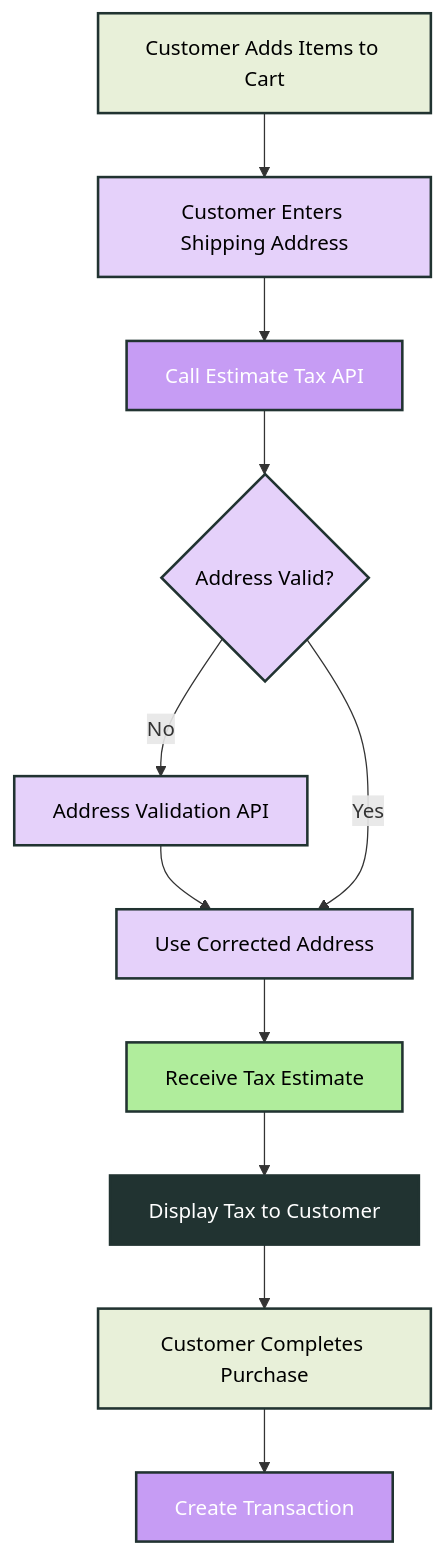
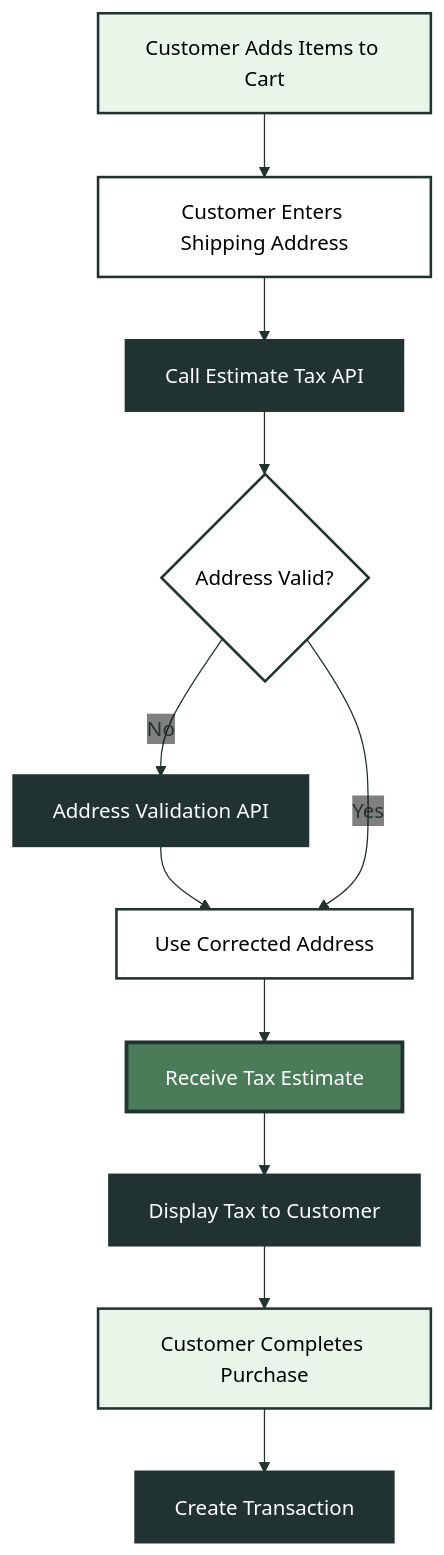
Before and after one commit to kintsugi-tax/docs-v2: the fourth of 5 diagrams in docs/guides/integrating-kintsugis-api.mdx, drawn with Mermaid. The commit also changed other lines of this file and 6 other files, not shown here.

Commit message:
fix mermaid diagram appearance in dark mode

````diff
--- a/docs/guides/integrating-kintsugis-api.mdx
+++ b/docs/guides/integrating-kintsugis-api.mdx
@@ -174,24 +183,25 @@
 ```mermaid
+%%{init: {'theme':'base', 'themeVariables': {'primaryColor':'#FFFFFF','primaryTextColor':'#213331','primaryBorderColor':'#213331','lineColor':'#213331','secondaryColor':'#FFFFFF','tertiaryColor':'#213331','edgeLabelBackground':'transparent','edgeStrokeWidth':'2px','edgeStroke':'#213331','arrowheadColor':'#213331','clusterBkg':'transparent','clusterBorder':'#213331','defaultLinkColor':'#213331'}}}%%
 flowchart TD
     A[Customer Adds Items to Cart] --> B[Customer Enters Shipping Address]
     B --> C[Call Estimate Tax API]
     C --> D{Address Valid?}
     D -->|No| E[Address Validation API]
     E --> F[Use Corrected Address]
     D -->|Yes| F
     F --> G[Receive Tax Estimate]
     G --> H[Display Tax to Customer]
     H --> I[Customer Completes Purchase]
     I --> J[Create Transaction]
     
-    style A fill:#E8F0D9,stroke:#213331,stroke-width:2px,color:#000000
-    style B fill:#E5D1FA,stroke:#213331,stroke-width:2px,color:#000000
-    style C fill:#C69CF4,stroke:#213331,stroke-width:2px,color:#FFFFFF
-    style D fill:#E5D1FA,stroke:#213331,stroke-width:2px,color:#000000
-    style E fill:#E5D1FA,stroke:#213331,stroke-width:2px,color:#000000
-    style F fill:#E5D1FA,stroke:#213331,stroke-width:2px,color:#000000
-    style G fill:#B0ED9C,stroke:#213331,stroke-width:2px,color:#000000
-    style H fill:#213331,stroke:#213331,stroke-width:2px,color:#FFFFFF
-    style I fill:#E8F0D9,stroke:#213331,stroke-width:2px,color:#000000
-    style J fill:#C69CF4,stroke:#213331,stroke-width:2px,color:#FFFFFF
+    style A fill:#e8f5e9,stroke:#213331,stroke-width:2px,color:#000000
+    style B fill:#FFFFFF,stroke:#213331,stroke-width:2px,color:#000000
+    style C fill:#213331,stroke:#213331,stroke-width:3px,color:#FFFFFF
+    style D fill:#FFFFFF,stroke:#213331,stroke-width:2px,color:#000000
+    style E fill:#213331,stroke:#213331,stroke-width:3px,color:#FFFFFF
+    style F fill:#FFFFFF,stroke:#213331,stroke-width:2px,color:#000000
+    style G fill:#4a7c59,stroke:#213331,stroke-width:3px,color:#FFFFFF
+    style H fill:#213331,stroke:#213331,stroke-width:3px,color:#FFFFFF
+    style I fill:#e8f5e9,stroke:#213331,stroke-width:2px,color:#000000
+    style J fill:#213331,stroke:#213331,stroke-width:3px,color:#FFFFFF
 ```
````
